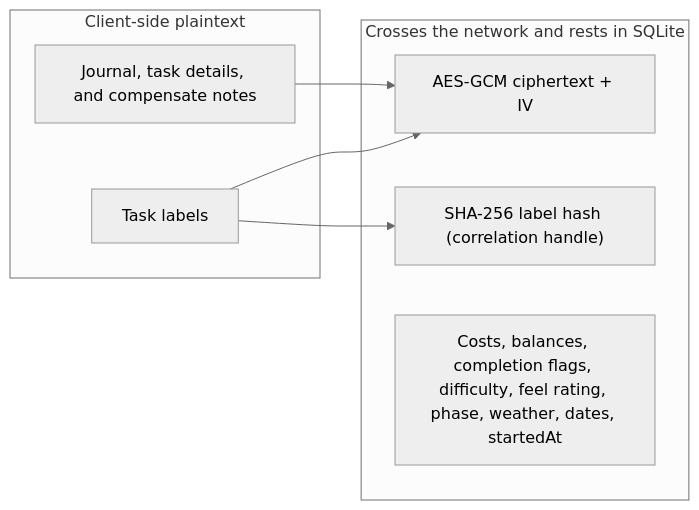
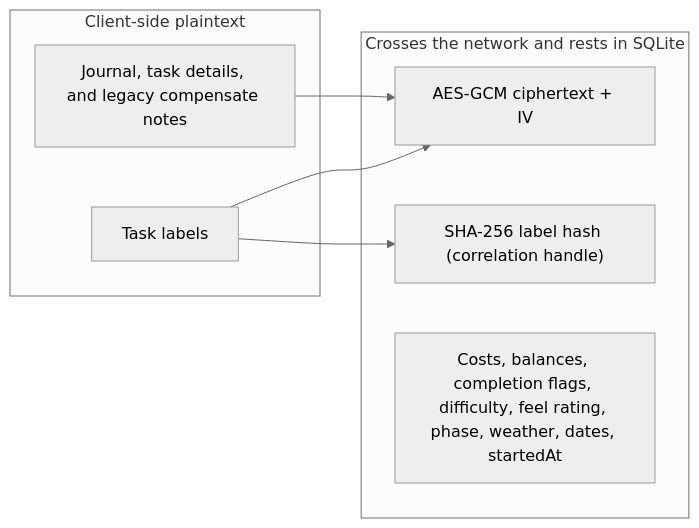
One commit to 97115104/energyaccounting changed the second of 2 diagrams in ARCHITECTURE.md. Above: the diagram before and after it, drawn with Mermaid (neutral theme). The commit also changed other lines of this file and 9 other files, not shown here.

Commit message:
Update architecture documentation and enhance .gitignore: Refine the architecture overview for clarity, including detailed API surface and frontend routes. Add .tmp* to .gitignore to prevent temporary files from being tracked.

````diff
--- a/ARCHITECTURE.md
+++ b/ARCHITECTURE.md
@@ -54,15 +84,15 @@
 ```mermaid
 flowchart LR
   subgraph client [Client-side plaintext]
     labels["Task labels"]
-    journalText["Journal, task details, and compensate notes"]
+    journalText["Journal, task details, and legacy compensate notes"]
   end
   subgraph wire [Crosses the network and rests in SQLite]
     cipher["AES-GCM ciphertext + IV"]
     hash["SHA-256 label hash (correlation handle)"]
     numbers["Costs, balances, completion flags, difficulty, feel rating, phase, weather, dates, startedAt"]
   end
   labels --> cipher
   labels --> hash
   journalText --> cipher
 ```
````
